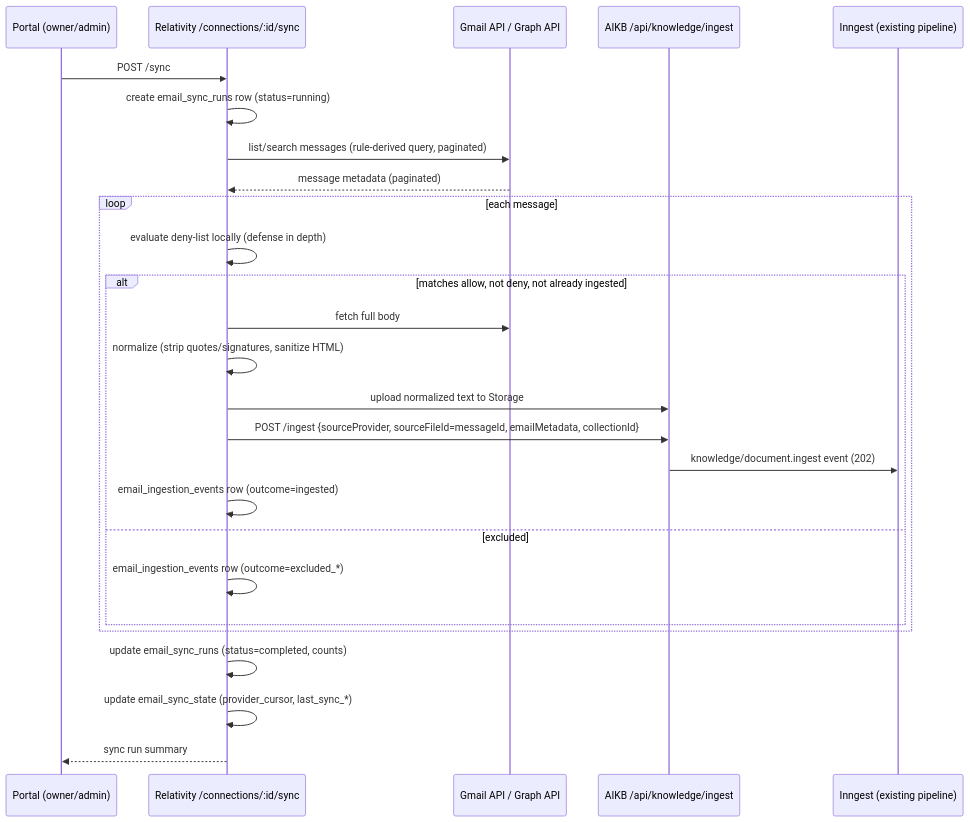
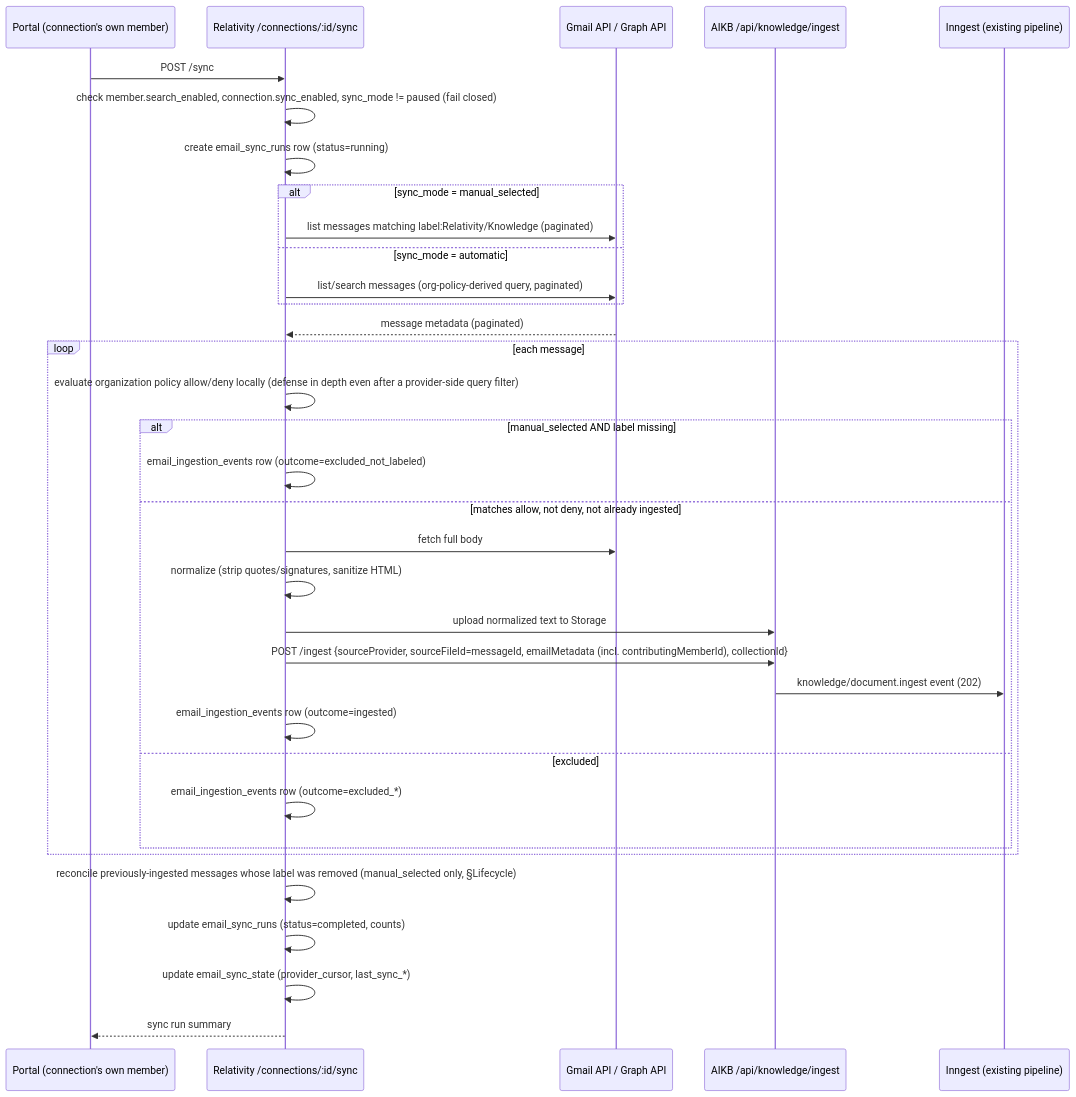
One commit to relativitysystems/Architecture changed the second of 2 diagrams in architecture/EMAIL_INGESTION.md. Above: the diagram before and after it, drawn with Mermaid. The commit also changed other lines of this file, not shown here.

First line of the commit message:
Revise email ingestion plan: per-member mailboxes with Gmail-label consent

````diff
--- a/architecture/EMAIL_INGESTION.md
+++ b/architecture/EMAIL_INGESTION.md
@@ -478,29 +548,37 @@
 ```mermaid
 sequenceDiagram
-    participant U as Portal (owner/admin)
+    participant U as Portal (connection's own member)
     participant R as Relativity /connections/:id/sync
     participant P as Gmail API / Graph API
     participant AIKB as AIKB /api/knowledge/ingest
     participant Inn as Inngest (existing pipeline)
 
     U->>R: POST /sync
+    R->>R: check member.search_enabled, connection.sync_enabled, sync_mode != paused (fail closed)
     R->>R: create email_sync_runs row (status=running)
-    R->>P: list/search messages (rule-derived query, paginated)
+    alt sync_mode = manual_selected
+        R->>P: list messages matching label:Relativity/Knowledge (paginated)
+    else sync_mode = automatic
+        R->>P: list/search messages (org-policy-derived query, paginated)
+    end
     P-->>R: message metadata (paginated)
     loop each message
-        R->>R: evaluate deny-list locally (defense in depth)
-        alt matches allow, not deny, not already ingested
+        R->>R: evaluate organization policy allow/deny locally (defense in depth even after a provider-side query filter)
+        alt manual_selected AND label missing
+            R->>R: email_ingestion_events row (outcome=excluded_not_labeled)
+        else matches allow, not deny, not already ingested
             R->>P: fetch full body
             R->>R: normalize (strip quotes/signatures, sanitize HTML)
             R->>AIKB: upload normalized text to Storage
-            R->>AIKB: POST /ingest {sourceProvider, sourceFileId=messageId, emailMetadata, collectionId}
+            R->>AIKB: POST /ingest {sourceProvider, sourceFileId=messageId, emailMetadata (incl. contributingMemberId), collectionId}
             AIKB->>Inn: knowledge/document.ingest event (202)
             R->>R: email_ingestion_events row (outcome=ingested)
         else excluded
             R->>R: email_ingestion_events row (outcome=excluded_*)
         end
     end
+    R->>R: reconcile previously-ingested messages whose label was removed (manual_selected only, §Lifecycle)
     R->>R: update email_sync_runs (status=completed, counts)
     R->>R: update email_sync_state (provider_cursor, last_sync_*)
     R-->>U: sync run summary
 ```
````
